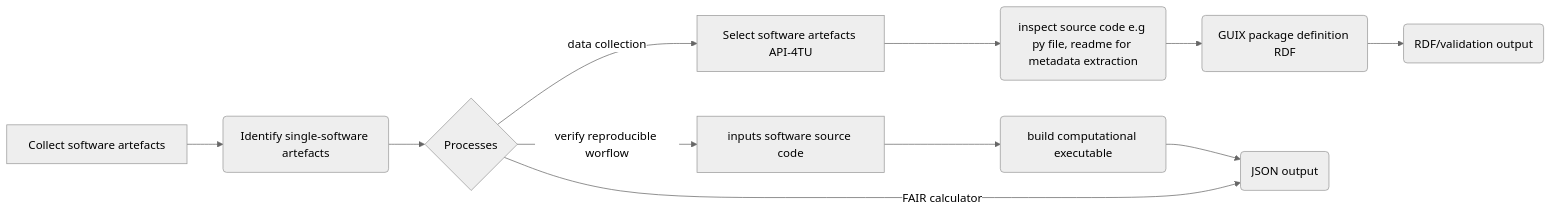
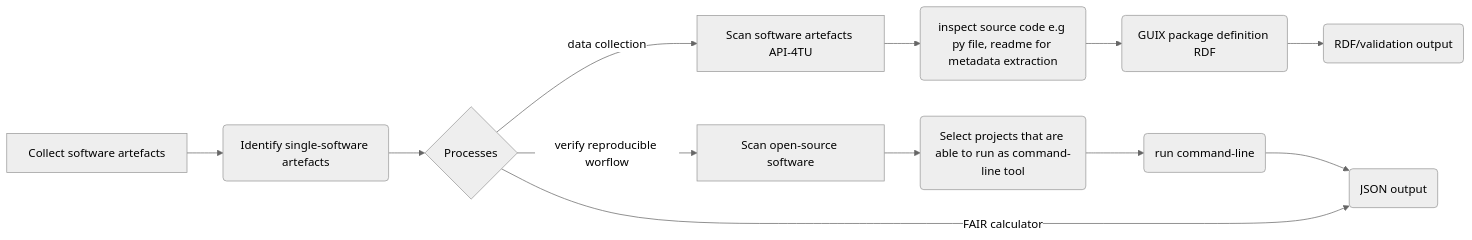
The first of 2 diagrams in README.md (4TUResearchData/soss), drawn with Mermaid (neutral theme) before and after one commit. The commit also changed other lines of this file, not shown here.

````diff
--- a/README.md
+++ b/README.md
@@ -15,8 +15,8 @@
 ```mermaid
 graph LR
 A[Collect software artefacts] -->B(Identify single-software artefacts)
     B --> C{Processes}
-    C -->|data collection| D[Select software artefacts API-4TU] --> Z(inspect source code e.g py file, readme for metadata extraction) --> F(GUIX package definition RDF) --> G(RDF/validation output)
-    C -->|verify reproducible worflow| E[inputs software source code] --> H(build computational executable) --> J(JSON output)
+    C -->|data collection| D[Scan software artefacts API-4TU] --> Z(inspect source code e.g py file, readme for metadata extraction) --> F(GUIX package definition RDF) --> G(RDF/validation output)
+    C -->|verify reproducible worflow| E[Scan open-source software] --> U(Select projects that are able to run as command-line tool) --> H(run command-line) --> J(JSON output)
     C -->|FAIR calculator| J(JSON output)
 ```
````
